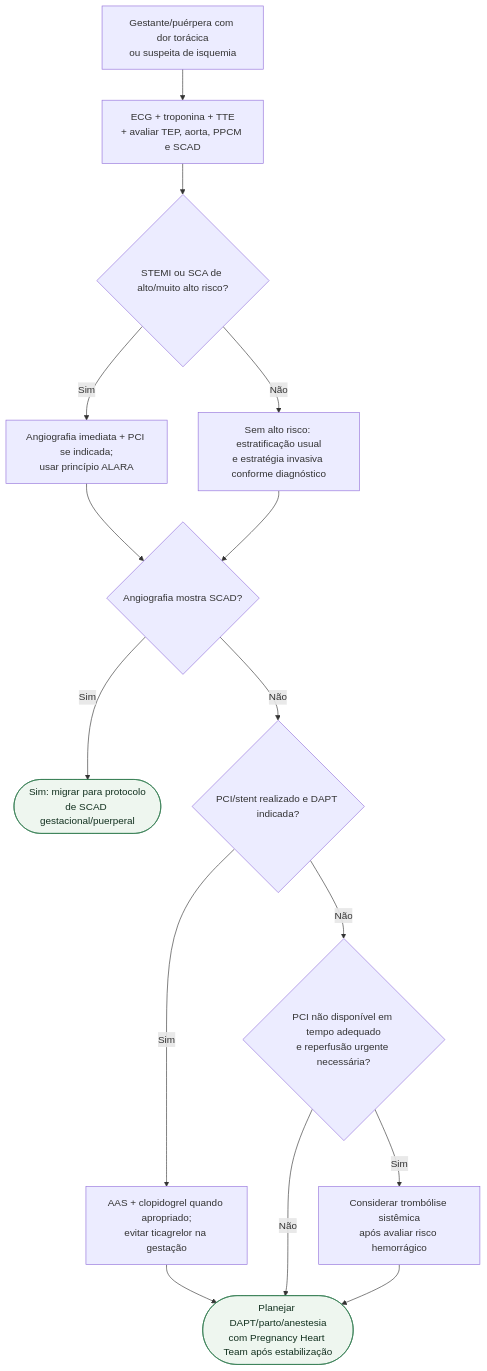
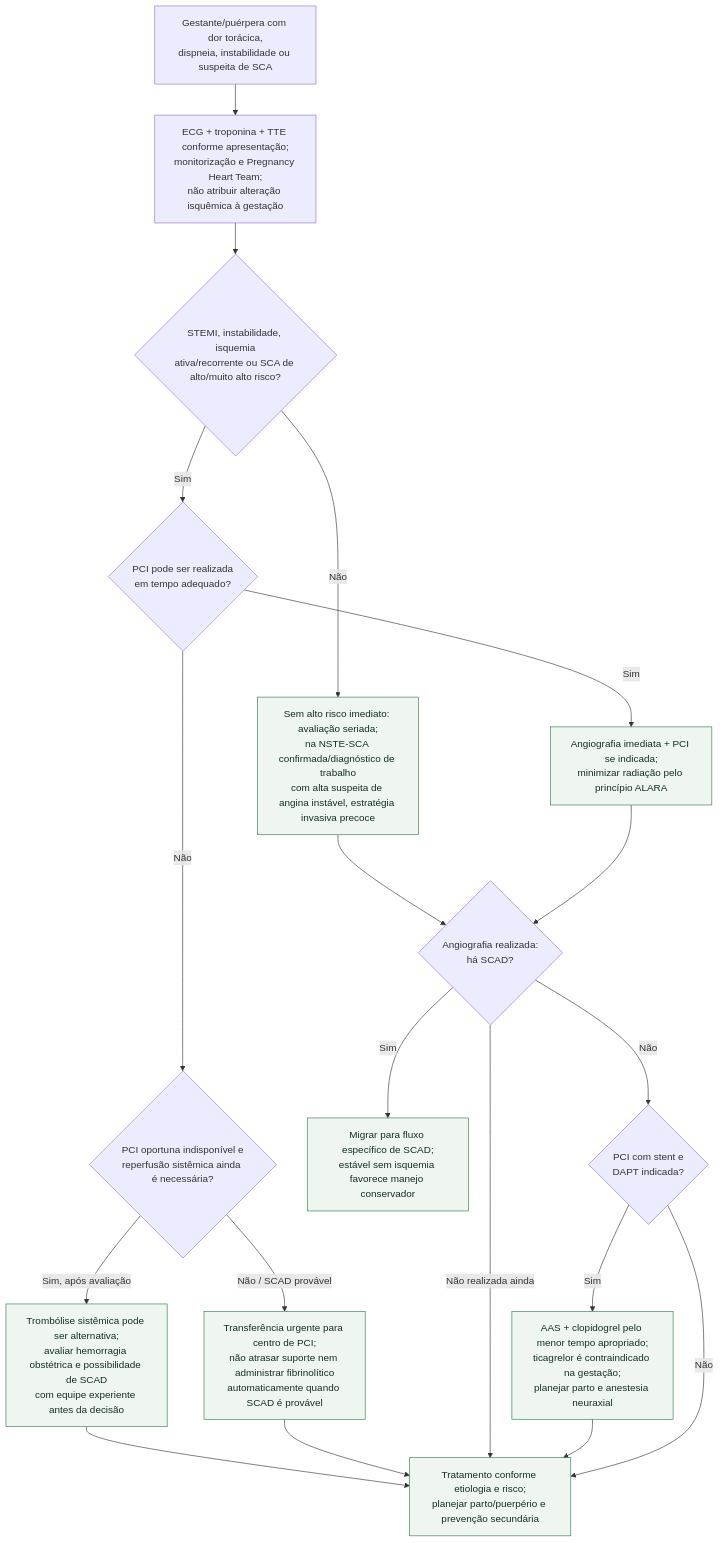
Before and after one commit to rafaelpaesmeirelles/MeuCardio: the diagram in content/Gravidez/fluxograma-sindrome-coronariana-aguda-na-gestacao-e-puerperio.md, drawn with Mermaid. The commit also changed other lines of this file and 22 other files, not shown here.

````diff
--- a/content/Gravidez/fluxograma-sindrome-coronariana-aguda-na-gestacao-e-puerperio.md
+++ b/content/Gravidez/fluxograma-sindrome-coronariana-aguda-na-gestacao-e-puerperio.md
@@ -13,33 +21,33 @@
 ```mermaid
 flowchart TD
-  R0["Gestante/puérpera com dor torácica<br/>ou suspeita de isquemia"]
-  P1["ECG + troponina + TTE<br/>+ avaliar TEP, aorta, PPCM e SCAD"]
-  D1{"STEMI ou SCA de alto/muito alto risco?"}
-  P2["Angiografia imediata + PCI se indicada;<br/>usar princípio ALARA"]
-  P3["Sem alto risco: estratificação usual<br/>e estratégia invasiva conforme diagnóstico"]
-  D2{"Angiografia mostra SCAD?"}
-  C1(["Sim: migrar para protocolo<br/>de SCAD gestacional/puerperal"])
-  D3{"PCI/stent realizado e DAPT indicada?"}
-  P4["AAS + clopidogrel quando apropriado;<br/>evitar ticagrelor na gestação"]
-  D4{"PCI não disponível em tempo adequado<br/>e reperfusão urgente necessária?"}
-  P5["Considerar trombólise sistêmica<br/>após avaliar risco hemorrágico"]
-  C2(["Planejar DAPT/parto/anestesia<br/>com Pregnancy Heart Team após estabilização"])
+  A["Gestante/puérpera com dor torácica,<br/>dispneia, instabilidade ou suspeita de SCA"]
+  B["ECG + troponina + TTE conforme apresentação;<br/>monitorização e Pregnancy Heart Team;<br/>não atribuir alteração isquêmica à gestação"]
+  C{"STEMI, instabilidade, isquemia<br/>ativa/recorrente ou SCA de alto/muito alto risco?"}
+  D{"PCI pode ser realizada<br/>em tempo adequado?"}
+  E["Angiografia imediata + PCI se indicada;<br/>minimizar radiação pelo princípio ALARA"]
+  F{"PCI oportuna indisponível e<br/>reperfusão sistêmica ainda é necessária?"}
+  G["Trombólise sistêmica pode ser alternativa;<br/>avaliar hemorragia obstétrica e possibilidade de SCAD<br/>com equipe experiente antes da decisão"]
+  H["Transferência urgente para centro de PCI;<br/>não atrasar suporte nem administrar fibrinolítico<br/>automaticamente quando SCAD é provável"]
+  I["Sem alto risco imediato: avaliação seriada;<br/>na NSTE-SCA confirmada/diagnóstico de trabalho<br/>com alta suspeita de angina instável, estratégia invasiva precoce"]
+  J{"Angiografia realizada:<br/>há SCAD?"}
+  K["Migrar para fluxo específico de SCAD;<br/>estável sem isquemia favorece manejo conservador"]
+  L{"PCI com stent e<br/>DAPT indicada?"}
+  M["AAS + clopidogrel pelo menor tempo apropriado;<br/>ticagrelor é contraindicado na gestação;<br/>planejar parto e anestesia neuraxial"]
+  N["Tratamento conforme etiologia e risco;<br/>planejar parto/puerpério e prevenção secundária"]
 
-  R0 --> P1
-  P1 --> D1
-  D1 -->|"Sim"| P2
-  D1 -->|"Não"| P3
-  P2 --> D2
-  P3 --> D2
-  D2 -->|"Sim"| C1
-  D2 -->|"Não"| D3
-  D3 -->|"Sim"| P4
-  D3 -->|"Não"| D4
-  P4 --> C2
-  D4 -->|"Sim"| P5
-  D4 -->|"Não"| C2
-  P5 --> C2
+  A --> B --> C
+  C -->|"Sim"| D
+  C -->|"Não"| I --> J
+  D -->|"Sim"| E --> J
+  D -->|"Não"| F
+  F -->|"Sim, após avaliação"| G --> N
+  F -->|"Não / SCAD provável"| H --> N
+  J -->|"Sim"| K
+  J -->|"Não"| L
+  J -->|"Não realizada ainda"| N
+  L -->|"Sim"| M --> N
+  L -->|"Não"| N
 
-  classDef conduta fill:#eef6ef,stroke:#2f7a4f,color:#12301f;
-  class C1,C2 conduta;
+  classDef action fill:#eef6ef,stroke:#2f7a4f,color:#12301f;
+  class E,G,H,I,K,M,N action;
 ```
````
